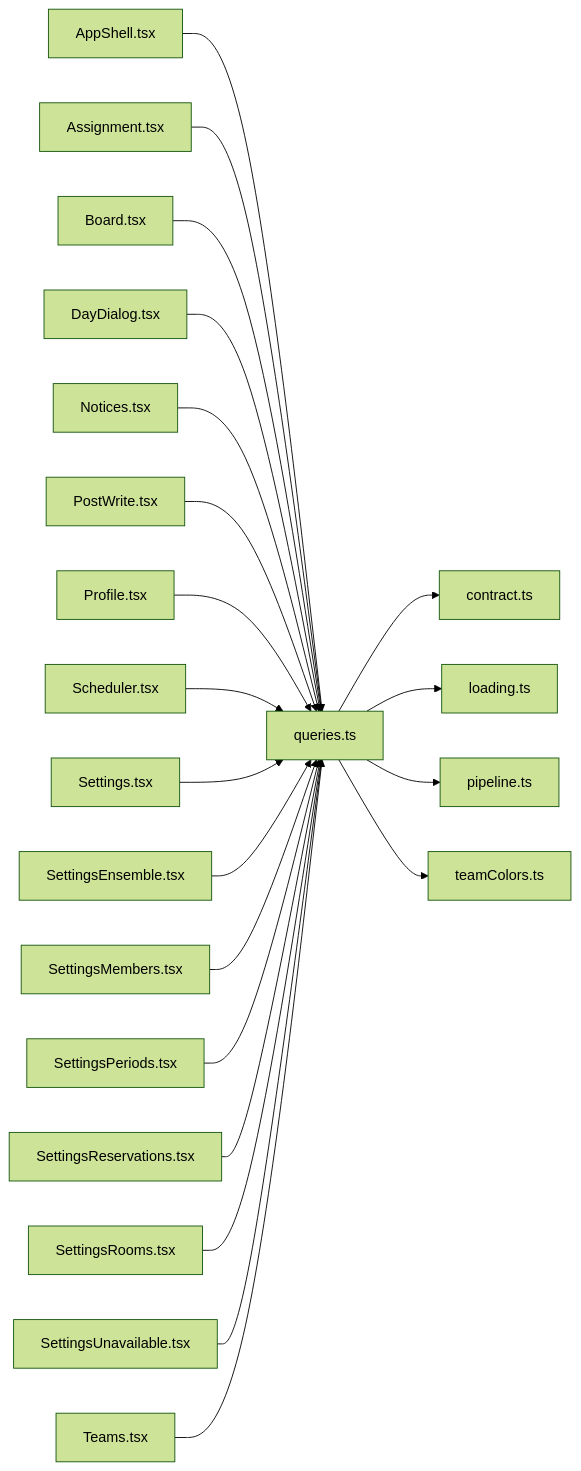
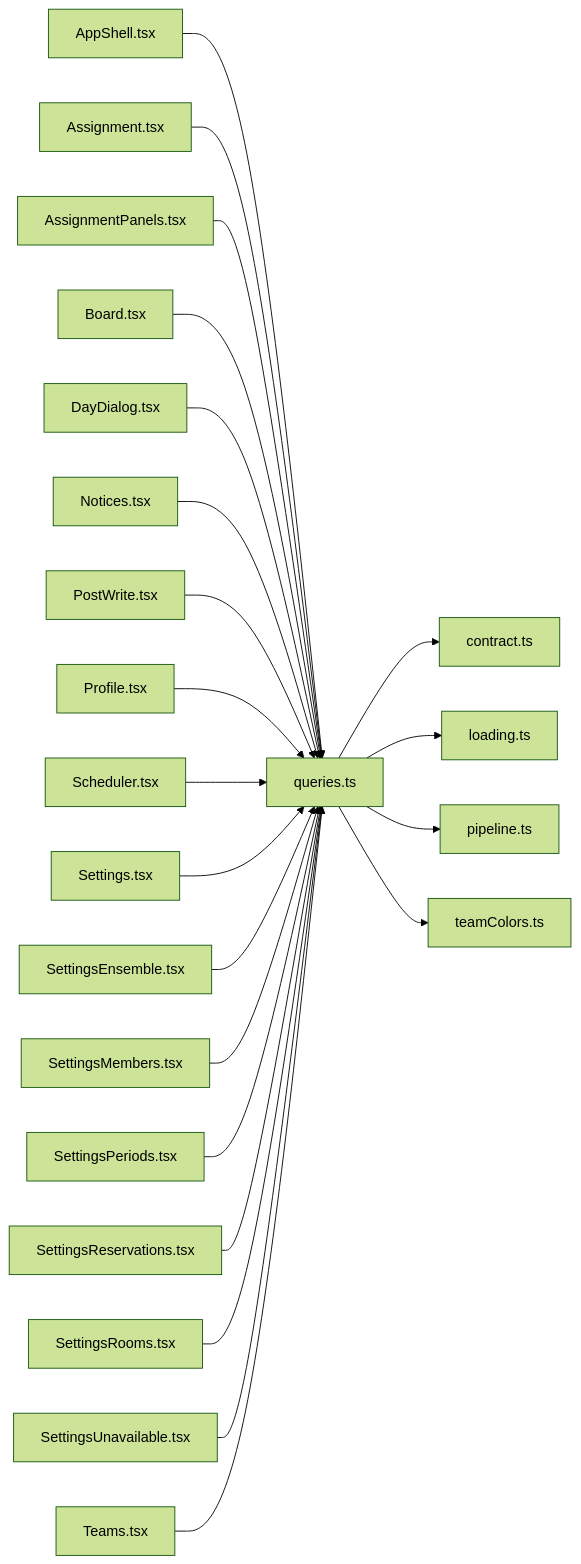
One commit to minkong-dev/Banblit changed the diagram in .cluedoc/graph/frontend/src/components/queries.md. Above: the diagram before and after it, drawn with Mermaid (forest theme). The commit also changed other lines of this file and 40 other files, not shown here.

````diff
--- a/.cluedoc/graph/frontend/src/components/queries.md
+++ b/.cluedoc/graph/frontend/src/components/queries.md
@@ -10,24 +10,25 @@
 ```mermaid
 flowchart LR
   frontend_src_components_queries["queries.ts"]
   frontend_src_components_queries --> frontend_src_lib_contract["contract.ts"]
   frontend_src_components_queries --> frontend_src_lib_loading["loading.ts"]
   frontend_src_components_queries --> frontend_src_lib_pipeline["pipeline.ts"]
   frontend_src_components_queries --> frontend_src_lib_teamColors["teamColors.ts"]
   frontend_src_components_AppShell["AppShell.tsx"] --> frontend_src_components_queries
   frontend_src_routes_Assignment["Assignment.tsx"] --> frontend_src_components_queries
+  frontend_src_routes_AssignmentPanels["AssignmentPanels.tsx"] --> frontend_src_components_queries
   frontend_src_routes_Board["Board.tsx"] --> frontend_src_components_queries
   frontend_src_routes_DayDialog["DayDialog.tsx"] --> frontend_src_components_queries
   frontend_src_routes_Notices["Notices.tsx"] --> frontend_src_components_queries
   frontend_src_routes_PostWrite["PostWrite.tsx"] --> frontend_src_components_queries
   frontend_src_routes_Profile["Profile.tsx"] --> frontend_src_components_queries
   frontend_src_routes_Scheduler["Scheduler.tsx"] --> frontend_src_components_queries
   frontend_src_routes_Settings["Settings.tsx"] --> frontend_src_components_queries
   frontend_src_routes_SettingsEnsemble["SettingsEnsemble.tsx"] --> frontend_src_components_queries
   frontend_src_routes_SettingsMembers["SettingsMembers.tsx"] --> frontend_src_components_queries
   frontend_src_routes_SettingsPeriods["SettingsPeriods.tsx"] --> frontend_src_components_queries
   frontend_src_routes_SettingsReservations["SettingsReservations.tsx"] --> frontend_src_components_queries
   frontend_src_routes_SettingsRooms["SettingsRooms.tsx"] --> frontend_src_components_queries
   frontend_src_routes_SettingsUnavailable["SettingsUnavailable.tsx"] --> frontend_src_components_queries
   frontend_src_routes_Teams["Teams.tsx"] --> frontend_src_components_queries
 ```
````
